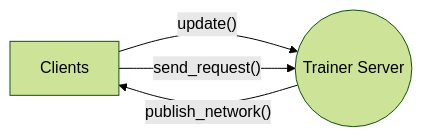
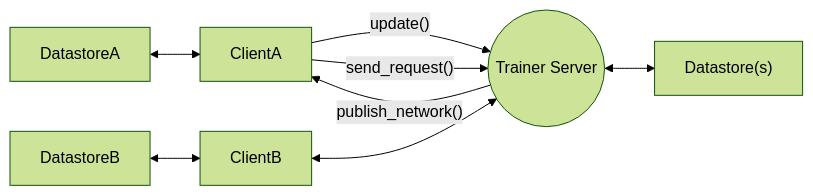
Before and after one commit to youliangtan/edgeml: the third of 3 diagrams in README.md, drawn with Mermaid (forest theme). The commit also changed 4 other files, not shown here.

````diff
--- a/README.md
+++ b/README.md
@@ -64,6 +64,10 @@
 ```mermaid
 graph LR
-A[Clients] -- "update()" --> B((Trainer Server))
+A[ClientA] -- "update()" --> B((Trainer Server))
 B -- "publish_network()" --> A
 A -- "send_request()" --> B
+C[DatastoreA] <--> A
+B <--> E["Datastore(s)"]
+F[DatastoreB] <--> G[ClientB]
+G <--> B
 ```
````
